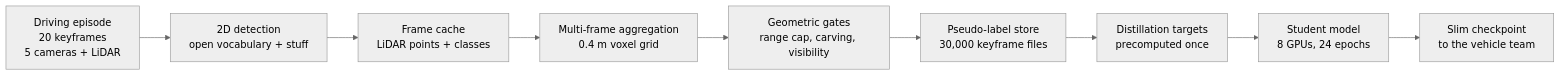
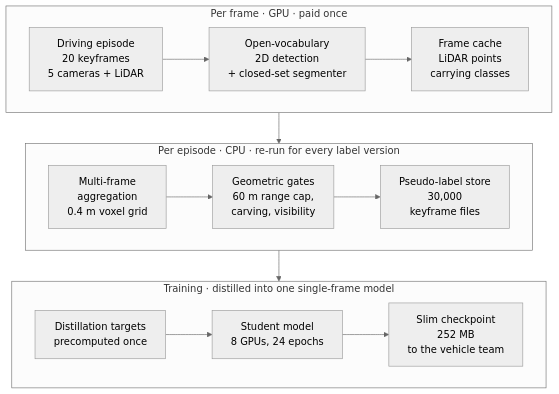
One commit to EdwardLeeLPZ/EdwardLeeLPZ.github.io changed the diagram in _projects/occupancy-auto-labeling-pipeline.md. Above: the diagram before and after it, drawn with Mermaid (neutral theme). The commit also changed other lines of this file and 1 other file, not shown here.

First paragraph of the commit message:
Make the charts and the pipeline diagram readable
Rendered every chart and the diagram in Chrome at the real 930px column
width, and again at 344px, rather than reading the configs.

````diff
--- a/_projects/occupancy-auto-labeling-pipeline.md
+++ b/_projects/occupancy-auto-labeling-pipeline.md
@@ -88,11 +88,16 @@
 ```mermaid
-flowchart LR
-  A["Driving episode<br/>20 keyframes<br/>5 cameras + LiDAR"] --> B["2D detection<br/>open vocabulary + stuff"]
-  B --> C["Frame cache<br/>LiDAR points + classes"]
-  C --> D["Multi-frame aggregation<br/>0.4 m voxel grid"]
-  D --> E["Geometric gates<br/>range cap, carving, visibility"]
-  E --> F["Pseudo-label store<br/>30,000 keyframe files"]
-  F --> G["Distillation targets<br/>precomputed once"]
-  G --> H["Student model<br/>8 GPUs, 24 epochs"]
-  H --> I["Slim checkpoint<br/>to the vehicle team"]
+flowchart TB
+  subgraph S1["Per frame · GPU · paid once"]
+    direction LR
+    A["Driving episode<br/>20 keyframes<br/>5 cameras + LiDAR"] --> B["Open-vocabulary<br/>2D detection<br/>+ closed-set segmenter"] --> C["Frame cache<br/>LiDAR points<br/>carrying classes"]
+  end
+  subgraph S2["Per episode · CPU · re-run for every label version"]
+    direction LR
+    D["Multi-frame<br/>aggregation<br/>0.4 m voxel grid"] --> E["Geometric gates<br/>60 m range cap,<br/>carving, visibility"] --> F["Pseudo-label store<br/>30,000<br/>keyframe files"]
+  end
+  subgraph S3["Training · distilled into one single-frame model"]
+    direction LR
+    G["Distillation targets<br/>precomputed once"] --> H["Student model<br/>8 GPUs, 24 epochs"] --> I["Slim checkpoint<br/>252 MB<br/>to the vehicle team"]
+  end
+  S1 --> S2 --> S3
 ```
````
